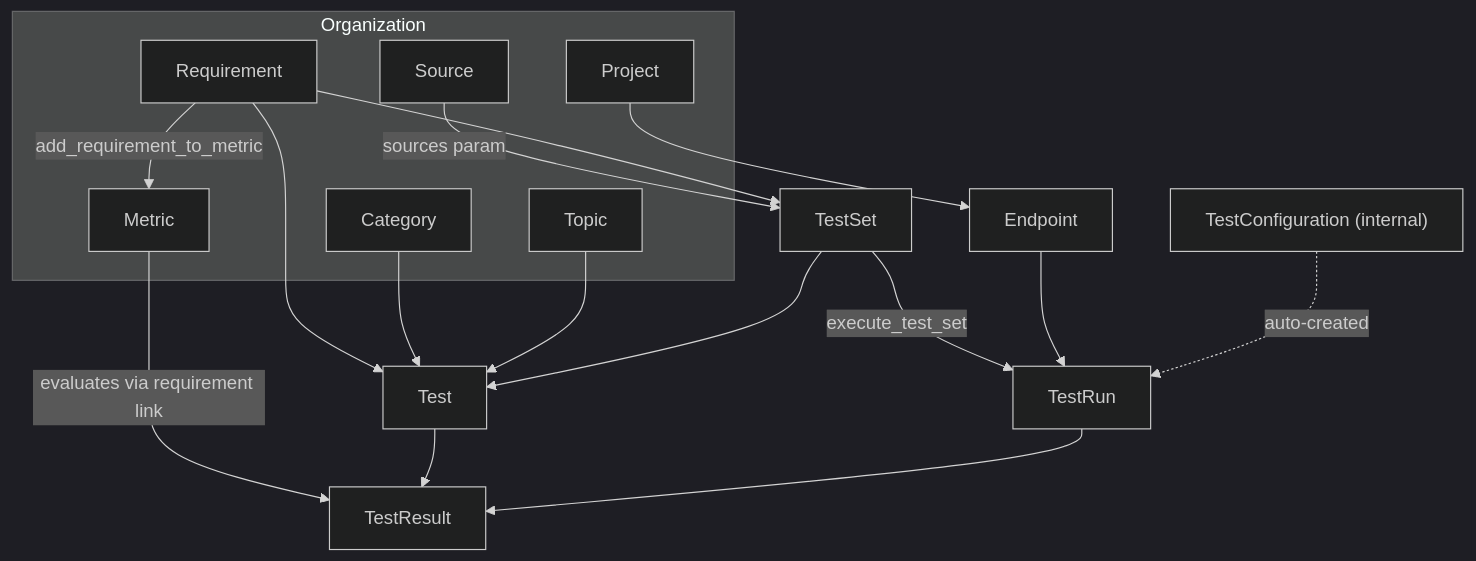
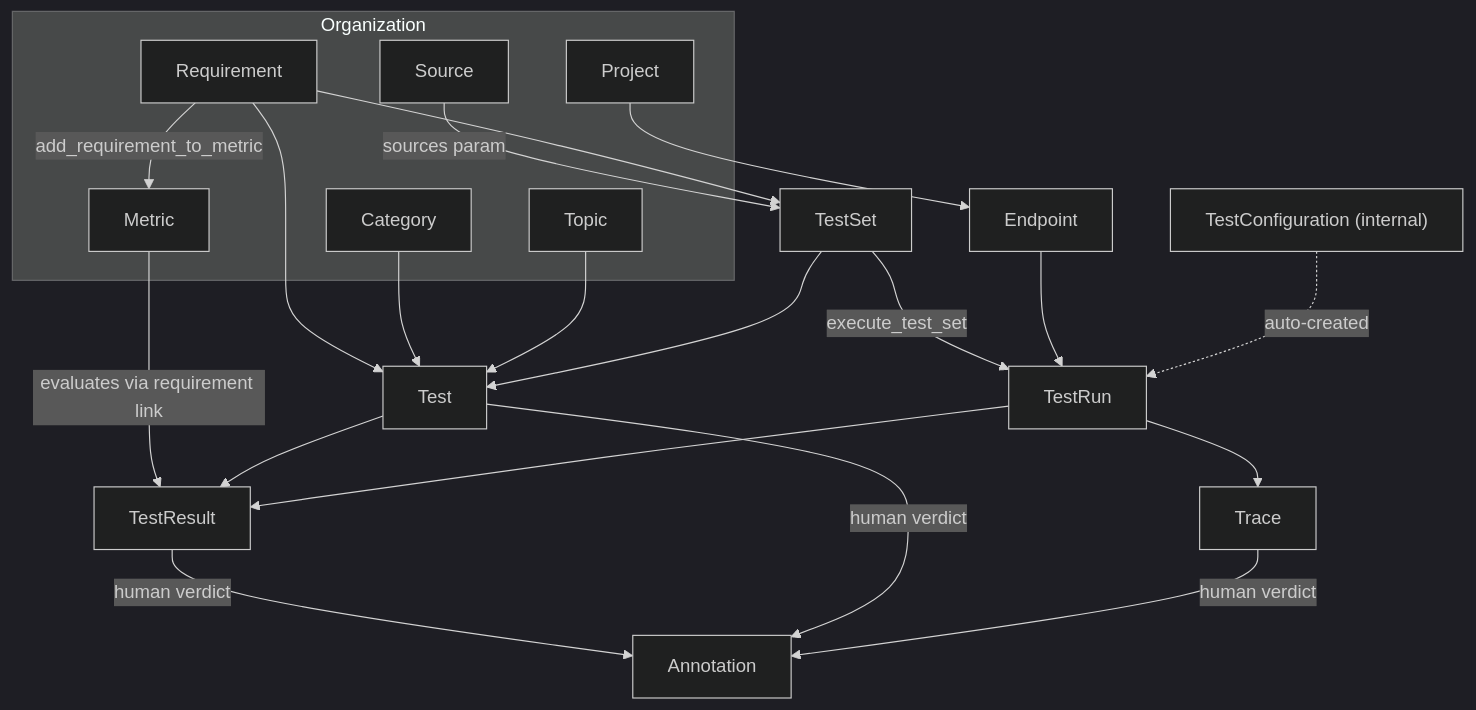
One commit to rhesis-ai/rhesis changed the diagram in skills/rhesis/references/entity-model.md. Above: the diagram before and after it, drawn with Mermaid (dark theme). The commit also changed other lines of this file and 35 other files, not shown here.

````diff
--- a/skills/rhesis/references/entity-model.md
+++ b/skills/rhesis/references/entity-model.md
@@ -11,26 +11,30 @@
 ```mermaid
 flowchart TB
   subgraph org [Organization]
     Project
     Requirement
     Metric
     Source
     Category
     Topic
   end
 
   Project --> Endpoint
   Requirement -->|"add_requirement_to_metric"| Metric
   Requirement --> Test
   Category --> Test
   Topic --> Test
   Source -->|"sources param"| TestSet
   Requirement --> TestSet
   TestSet --> Test
   TestSet -->|"execute_test_set"| TestRun
   Endpoint --> TestRun
   Metric -->|"evaluates via requirement link"| TestResult
   Test --> TestResult
   TestRun --> TestResult
   TestConfiguration["TestConfiguration (internal)"] -.->|"auto-created"| TestRun
+  TestRun --> Trace
+  TestResult -->|"human verdict"| Annotation
+  Test -->|"human verdict"| Annotation
+  Trace -->|"human verdict"| Annotation
 ```
````
